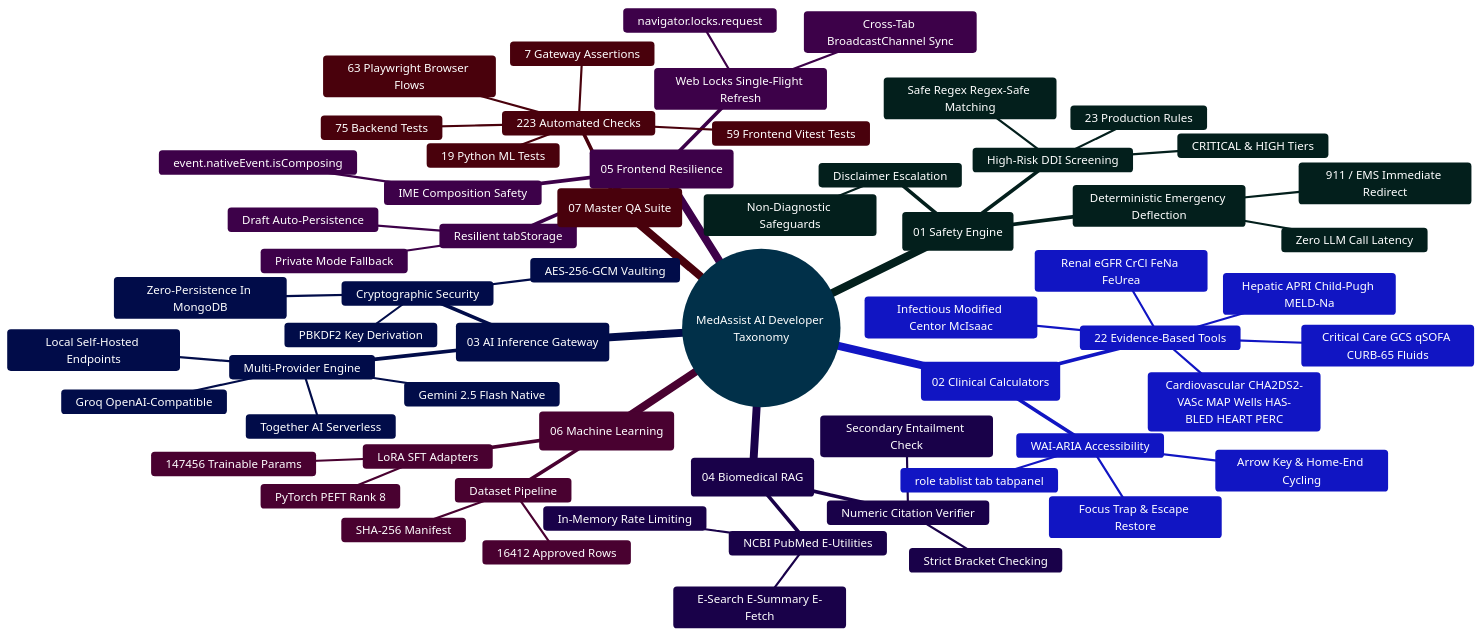
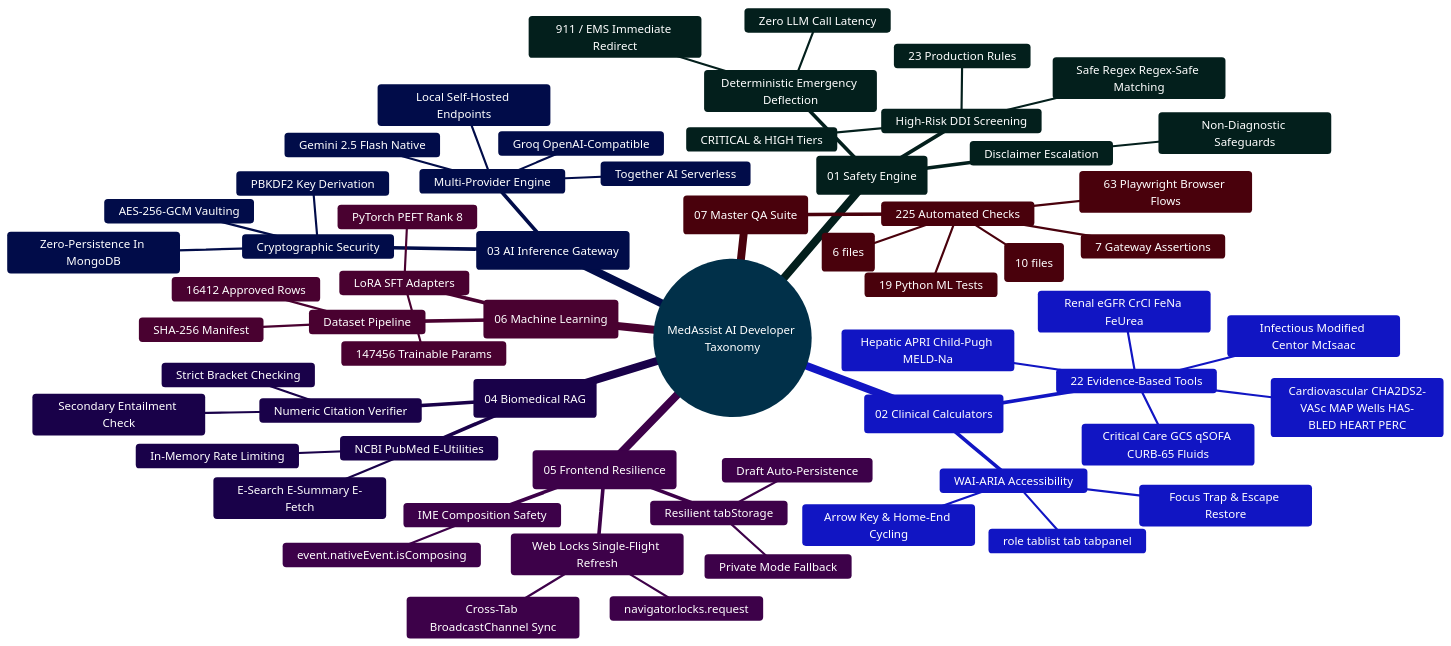
The diagram in docs/DEVELOPER_EXTENSION_AND_ONBOARDING_GUIDE.md (Ganesh172919/React-App-LLM), drawn with Mermaid before and after one commit. The commit also changed other lines of this file and 39 other files, not shown here.

````diff
--- a/docs/DEVELOPER_EXTENSION_AND_ONBOARDING_GUIDE.md
+++ b/docs/DEVELOPER_EXTENSION_AND_ONBOARDING_GUIDE.md
@@ -22,74 +22,74 @@
 ```mermaid
 %%{init: {'theme': 'base', 'themeVariables': { 'primaryColor': '#0284c7', 'primaryTextColor': '#ffffff', 'primaryBorderColor': '#0369a1', 'lineColor': '#0284c7', 'secondaryColor': '#0d9488', 'tertiaryColor': '#6366f1' }}}%%
 mindmap
   root((MedAssist AI Developer Taxonomy))
     ::icon(fa fa-code-branch)
     (01 Safety Engine)
       ::icon(fa fa-shield-virus)
       High-Risk DDI Screening
         23 Production Rules
         Safe Regex Regex-Safe Matching
         CRITICAL & HIGH Tiers
       Deterministic Emergency Deflection
         911 / EMS Immediate Redirect
         Zero LLM Call Latency
       Disclaimer Escalation
         Non-Diagnostic Safeguards
     (02 Clinical Calculators)
       ::icon(fa fa-calculator)
       22 Evidence-Based Tools
         Renal eGFR CrCl FeNa FeUrea
         Cardiovascular CHA2DS2-VASc MAP Wells HAS-BLED HEART PERC
         Critical Care GCS qSOFA CURB-65 Fluids
         Hepatic APRI Child-Pugh MELD-Na
         Infectious Modified Centor McIsaac
       WAI-ARIA Accessibility
         role tablist tab tabpanel
         Arrow Key & Home-End Cycling
         Focus Trap & Escape Restore
     (03 AI Inference Gateway)
       ::icon(fa fa-brain)
       Multi-Provider Engine
         Gemini 2.5 Flash Native
         Groq OpenAI-Compatible
         Together AI Serverless
         Local Self-Hosted Endpoints
       Cryptographic Security
         AES-256-GCM Vaulting
         PBKDF2 Key Derivation
         Zero-Persistence In MongoDB
     (04 Biomedical RAG)
       ::icon(fa fa-book-medical)
       NCBI PubMed E-Utilities
         E-Search E-Summary E-Fetch
         In-Memory Rate Limiting
       Numeric Citation Verifier
         Strict Bracket Checking
         Secondary Entailment Check
     (05 Frontend Resilience)
       ::icon(fa fa-desktop)
       Web Locks Single-Flight Refresh
         navigator.locks.request
         Cross-Tab BroadcastChannel Sync
       Resilient tabStorage
         Private Mode Fallback
         Draft Auto-Persistence
       IME Composition Safety
         event.nativeEvent.isComposing
     (06 Machine Learning)
       ::icon(fa fa-dna)
       Dataset Pipeline
         16412 Approved Rows
         SHA-256 Manifest
       LoRA SFT Adapters
         147456 Trainable Params
         PyTorch PEFT Rank 8
     (07 Master QA Suite)
       ::icon(fa fa-check-double)
-      223 Automated Checks
-        75 Backend Tests
-        59 Frontend Vitest Tests
+      225 Automated Checks
+        77 Backend Tests (10 files)
+        59 Frontend Vitest Tests (6 files)
         19 Python ML Tests
         7 Gateway Assertions
         63 Playwright Browser Flows
 ```
````
